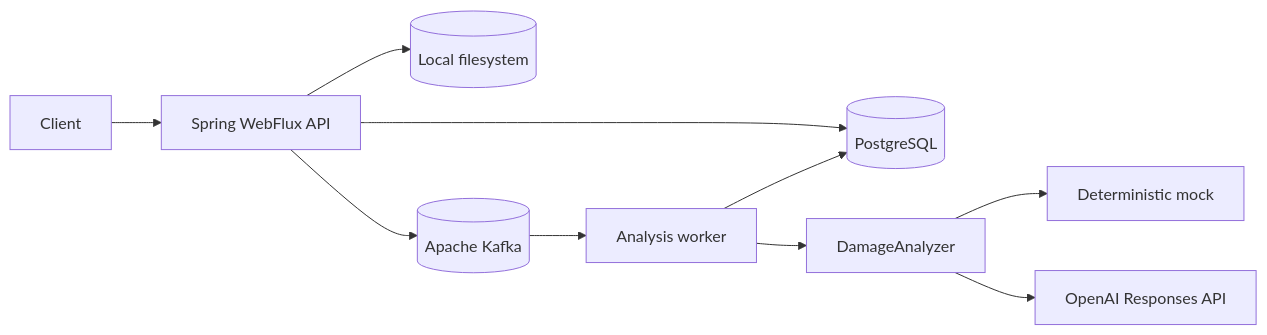
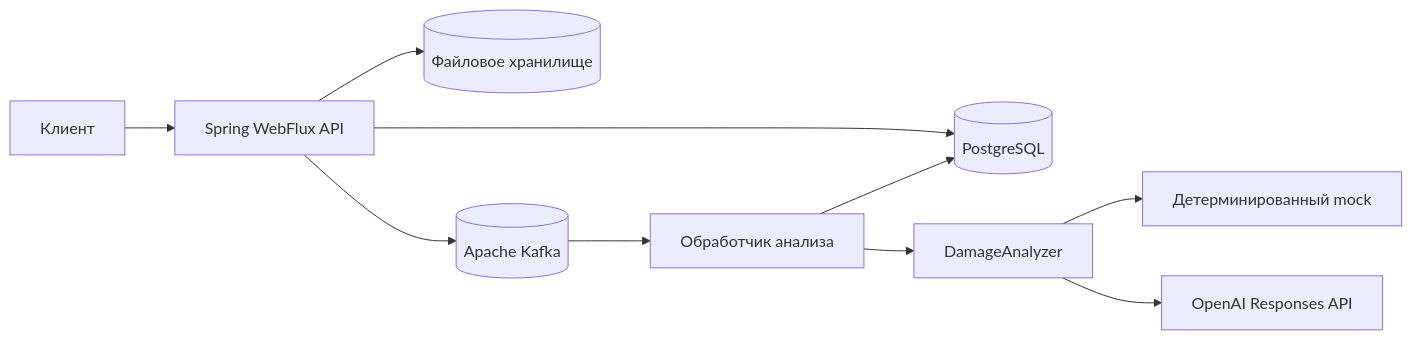
One commit to steel-snake-sx/car-damages-ai-java-ver changed the first of 2 diagrams in README.md. Above: the diagram before and after it, drawn with Mermaid. The commit also changed other lines of this file, not shown here.

````diff
--- a/README.md
+++ b/README.md
@@ -52,12 +52,12 @@
 ```mermaid
 flowchart LR
-    Client[Client] --> Api[Spring WebFlux API]
+    Client[Клиент] --> Api[Spring WebFlux API]
     Api --> Db[(PostgreSQL)]
-    Api --> Files[(Local filesystem)]
+    Api --> Files[(Файловое хранилище)]
     Api --> Kafka[(Apache Kafka)]
-    Kafka --> Worker[Analysis worker]
+    Kafka --> Worker[Обработчик анализа]
     Worker --> Analyzer[DamageAnalyzer]
-    Analyzer --> Mock[Deterministic mock]
+    Analyzer --> Mock[Детерминированный mock]
     Analyzer --> OpenAI[OpenAI Responses API]
     Worker --> Db
 ```
````
